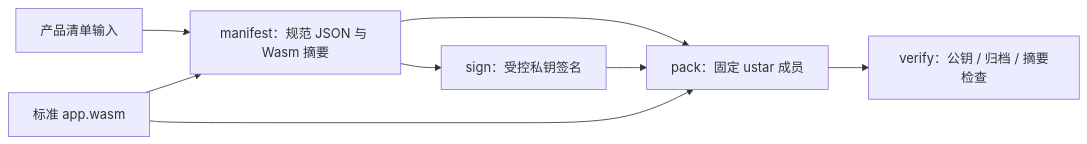
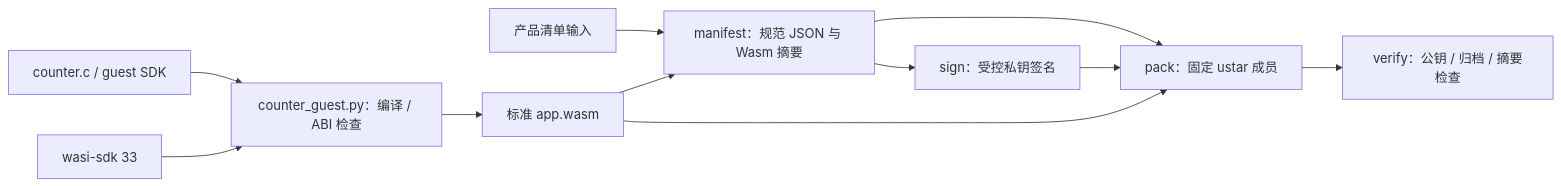
Before and after one commit to darren-you/esp-container: the diagram in tools/README.md, drawn with Mermaid. The commit also changed other lines of this file and 12 other files, not shown here.

First line of the commit message:
固定 counter guest 编译与静态 ABI 检查并验证 WAMR 主机执行

````diff
--- a/tools/README.md
+++ b/tools/README.md
@@ -7,10 +7,13 @@
 ```mermaid
 flowchart LR
+    source["counter.c / guest SDK"] --> builder["counter_guest.py：编译 / ABI 检查"]
+    wasi["wasi-sdk 33"] --> builder
+    builder --> wasm
     spec["产品清单输入"] --> manifest["manifest：规范 JSON 与 Wasm 摘要"]
     wasm["标准 app.wasm"] --> manifest
     manifest --> sign["sign：受控私钥签名"]
     manifest --> pack["pack：固定 ustar 成员"]
     sign --> pack
     wasm --> pack
     pack --> verify["verify：公钥 / 归档 / 摘要检查"]
 ```
````
